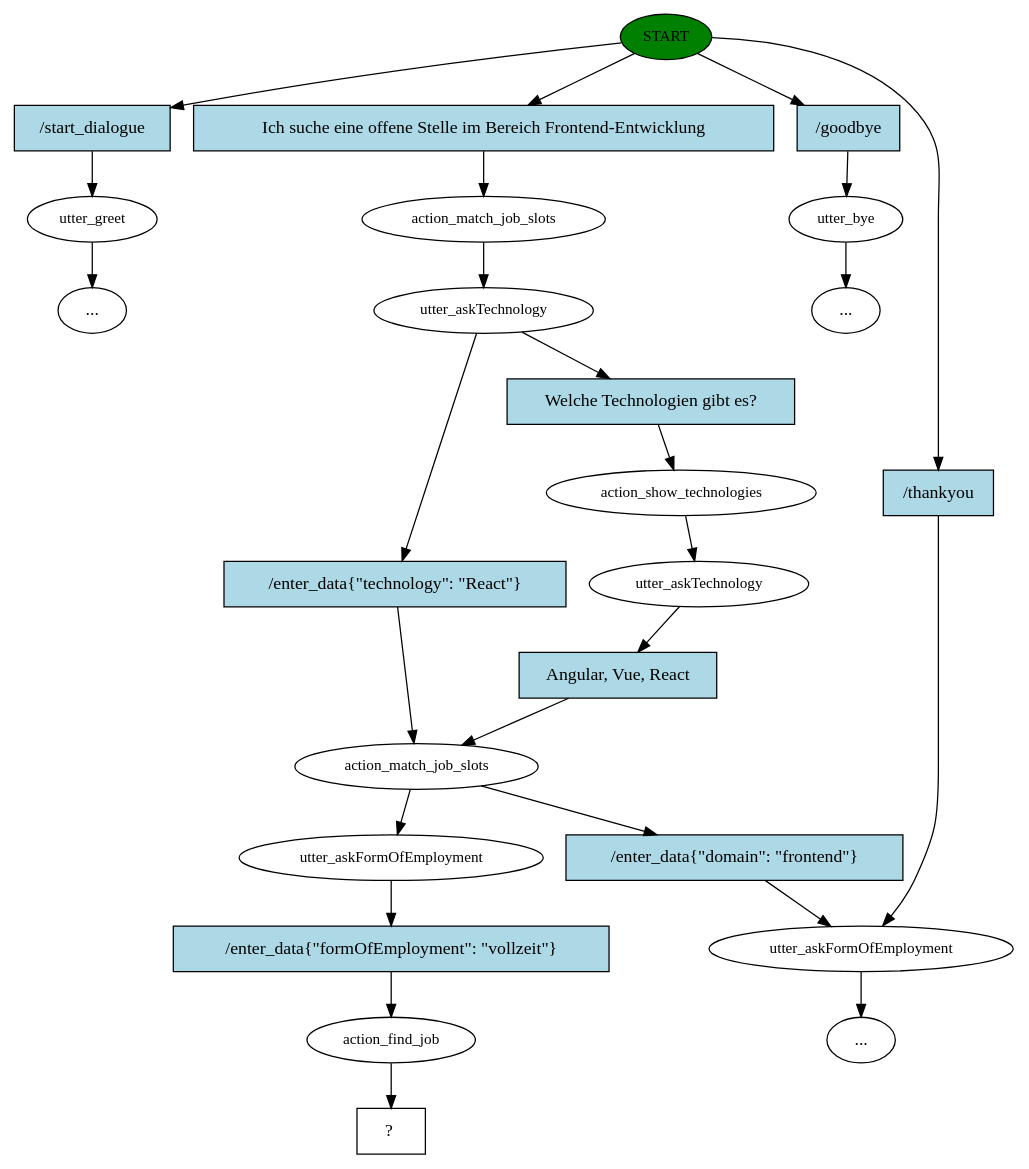
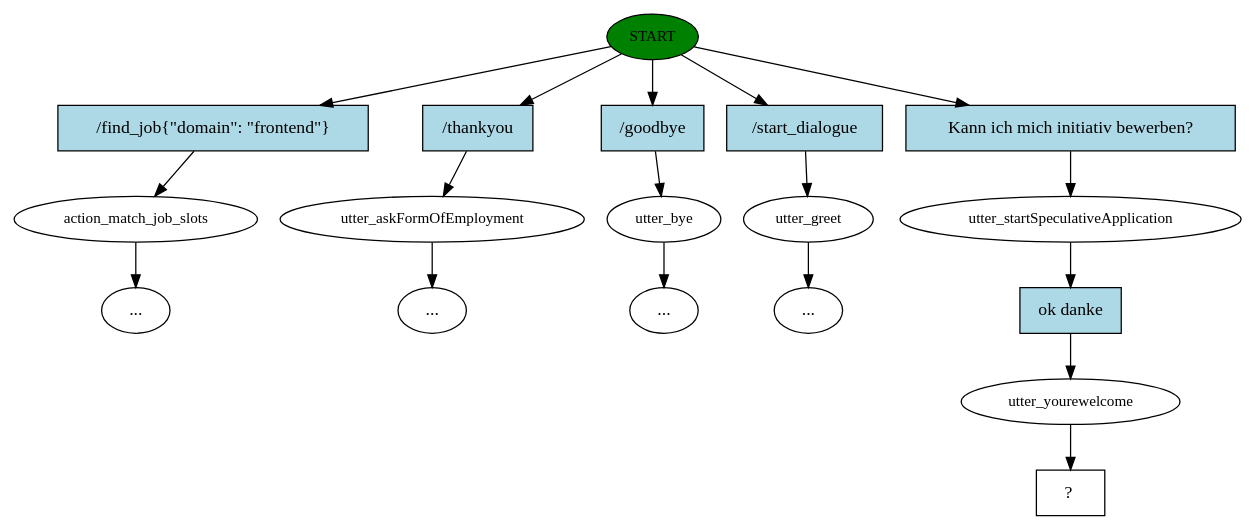
The diagram in story_graph.dot (marcomaisel/hr-bot), drawn with Graphviz before and after one commit. The commit also changed 30 other files, not shown here.

```diff
--- a/story_graph.dot
+++ b/story_graph.dot
@@ -1,51 +1,37 @@
 digraph  {
 0 [label=START, fillcolor=green, style=filled, fontsize=12, class="start active"];
-1 [label=utter_greet, fontsize=12, class=""];
-"-3" [label="...", class=ellipsis];
-2 [label=action_match_job_slots, fontsize=12, class=active];
-3 [label=utter_askTechnology, fontsize=12, class=active];
-4 [label=action_match_job_slots, fontsize=12, class=active];
-5 [label=utter_askFormOfEmployment, fontsize=12, class=""];
-6 [label=utter_bye, fontsize=12, class=""];
+1 [label=action_match_job_slots, fontsize=12, class=""];
+2 [label=utter_askFormOfEmployment, fontsize=12, class=""];
+"-4" [label="...", class=ellipsis];
+3 [label=utter_bye, fontsize=12, class=""];
 "-5" [label="...", class=ellipsis];
 "-6" [label="...", class=ellipsis];
-10 [label=action_show_technologies, fontsize=12, class=active];
-11 [label=utter_askTechnology, fontsize=12, class=active];
-13 [label=utter_askFormOfEmployment, fontsize=12, class=active];
-14 [label=action_find_job, fontsize=12, class=active];
-15 [label="  ?  ", shape=rect, class="intent dashed active"];
-16 [label="/start_dialogue", shape=rect, style=filled, fillcolor=lightblue, class=intent];
-17 [label="Ich suche eine offene Stelle im Bereich Frontend-Entwicklung", shape=rect, style=filled, fillcolor=lightblue, class="intent active"];
-18 [label="/goodbye", shape=rect, style=filled, fillcolor=lightblue, class=intent];
-19 [label="/thankyou", shape=rect, style=filled, fillcolor=lightblue, class=intent];
-20 [label="/enter_data{\"technology\": \"React\"}", shape=rect, style=filled, fillcolor=lightblue, class=intent];
-21 [label="Welche Technologien gibt es?", shape=rect, style=filled, fillcolor=lightblue, class="intent active"];
-22 [label="/enter_data{\"domain\": \"frontend\"}", shape=rect, style=filled, fillcolor=lightblue, class=intent];
-23 [label="Angular, Vue, React", shape=rect, style=filled, fillcolor=lightblue, class="intent active"];
-24 [label="/enter_data{\"formOfEmployment\": \"vollzeit\"}", shape=rect, style=filled, fillcolor=lightblue, class="intent active"];
-0 -> 16  [key=0, class=""];
-0 -> 17  [key=0, class=active];
-0 -> 18  [key=0, class=""];
-0 -> 19  [key=0, class=""];
-1 -> "-3"  [key=NONE, label="", class=""];
-2 -> 3  [key=NONE, label="", class=active];
-3 -> 20  [key=0, class=""];
-3 -> 21  [key=0, class=active];
-4 -> 13  [key=NONE, label="", class=active];
-4 -> 22  [key=0, class=""];
-5 -> "-6"  [key=NONE, label="", class=""];
-6 -> "-5"  [key=NONE, label="", class=""];
-10 -> 11  [key=NONE, label="", class=active];
-11 -> 23  [key=0, class=active];
-13 -> 24  [key=0, class=active];
-14 -> 15  [key=NONE, label="", class=active];
-16 -> 1  [key=0, class=""];
-17 -> 2  [key=0, class=active];
-18 -> 6  [key=0, class=""];
-19 -> 5  [key=0, class=""];
-20 -> 4  [key=0, class=""];
-21 -> 10  [key=0, class=active];
-22 -> 5  [key=0, class=""];
-23 -> 4  [key=0, class=active];
-24 -> 14  [key=0, class=active];
+5 [label=utter_greet, fontsize=12, class=""];
+"-7" [label="...", class=ellipsis];
+6 [label=utter_startSpeculativeApplication, fontsize=12, class=active];
+7 [label=utter_yourewelcome, fontsize=12, class=active];
+8 [label="  ?  ", shape=rect, class="intent dashed active"];
+9 [label="/find_job{\"domain\": \"frontend\"}", shape=rect, style=filled, fillcolor=lightblue, class=intent];
+10 [label="/thankyou", shape=rect, style=filled, fillcolor=lightblue, class=intent];
+11 [label="/goodbye", shape=rect, style=filled, fillcolor=lightblue, class=intent];
+12 [label="/start_dialogue", shape=rect, style=filled, fillcolor=lightblue, class=intent];
+13 [label="Kann ich mich initiativ bewerben?", shape=rect, style=filled, fillcolor=lightblue, class="intent active"];
+14 [label="ok danke", shape=rect, style=filled, fillcolor=lightblue, class="intent active"];
+0 -> 9  [key=0, class=""];
+0 -> 10  [key=0, class=""];
+0 -> 11  [key=0, class=""];
+0 -> 12  [key=0, class=""];
+0 -> 13  [key=0, class=active];
+1 -> "-6"  [key=NONE, label="", class=""];
+2 -> "-4"  [key=NONE, label="", class=""];
+3 -> "-5"  [key=NONE, label="", class=""];
+5 -> "-7"  [key=NONE, label="", class=""];
+6 -> 14  [key=0, class=active];
+7 -> 8  [key=NONE, label="", class=active];
+9 -> 1  [key=0, class=""];
+10 -> 2  [key=0, class=""];
+11 -> 3  [key=0, class=""];
+12 -> 5  [key=0, class=""];
+13 -> 6  [key=0, class=active];
+14 -> 7  [key=0, class=active];
 }
```
